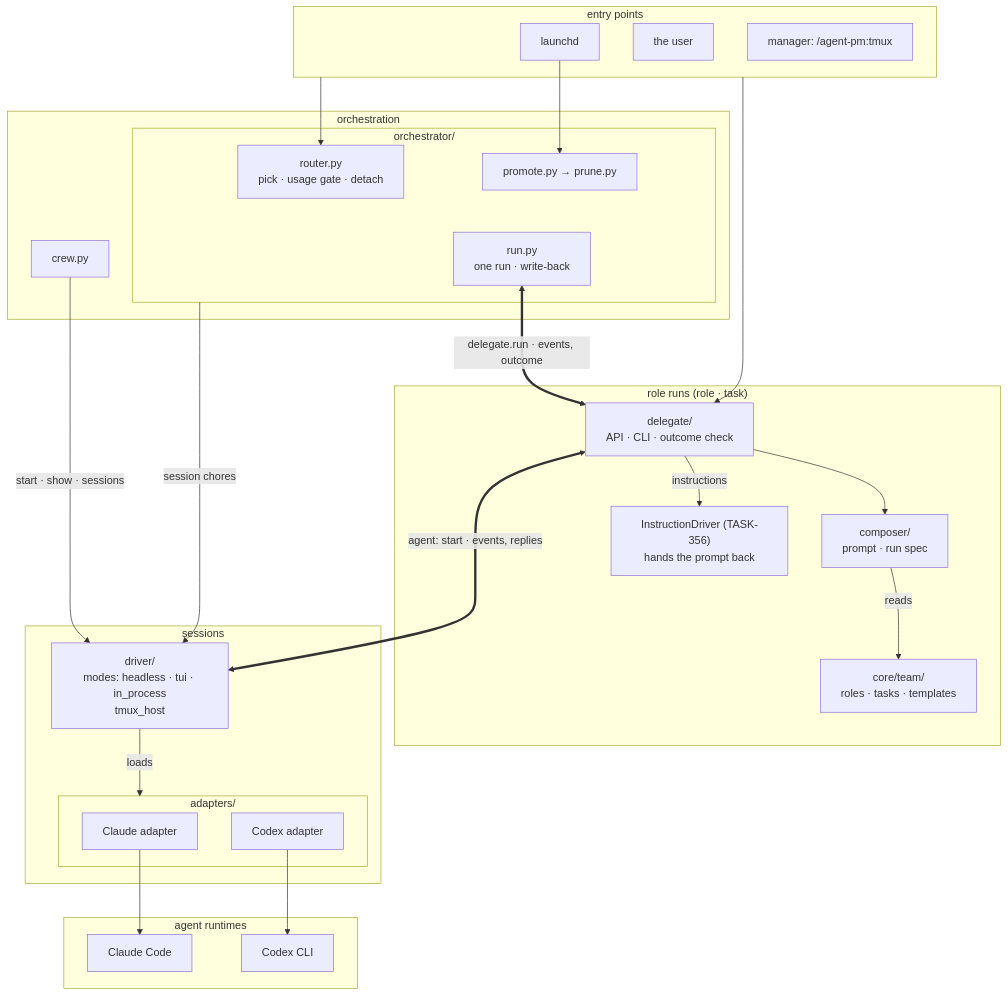
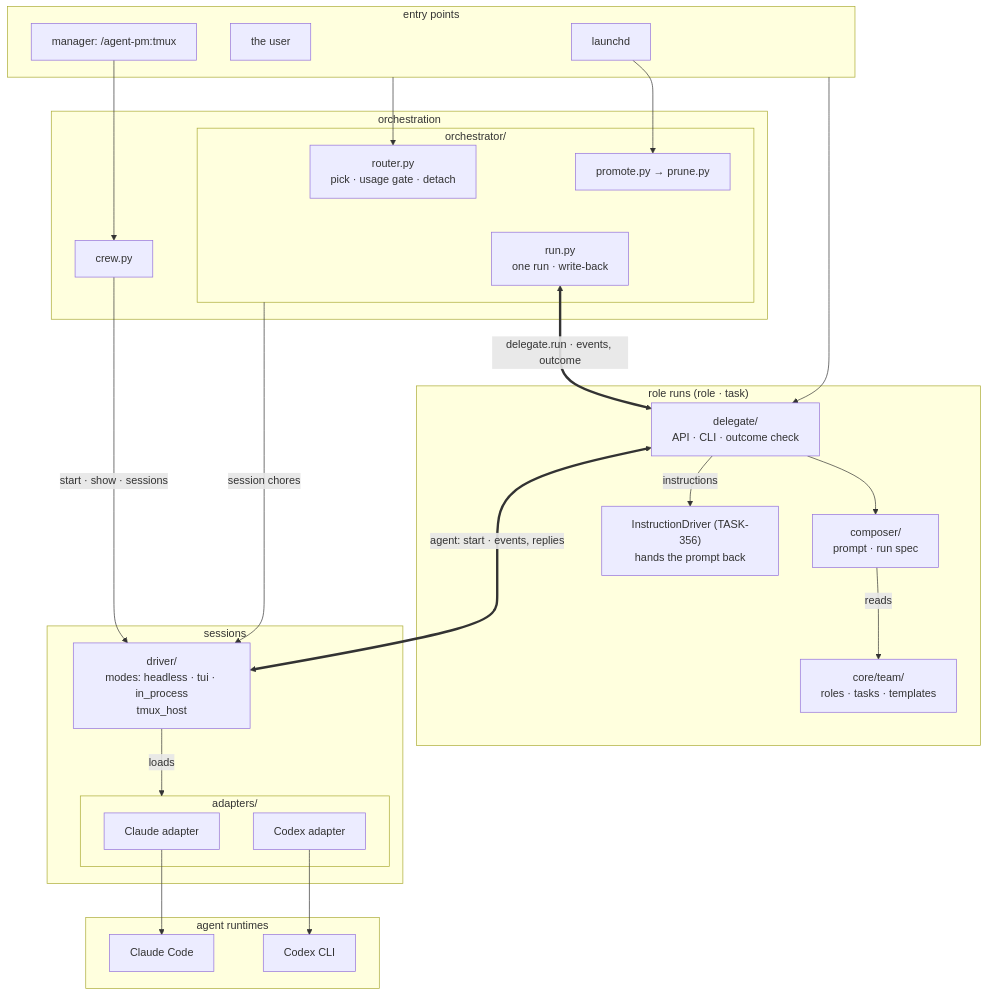
The second of 4 diagrams in README.md (ophis/agent-pm), drawn with Mermaid before and after one commit.

Commit message:
README: manager to crew edge in the architecture diagram
Claude-Session: https://claude.ai/code/session_01DWNTKp8E4ZkndBswMuqLEu

````diff
--- a/README.md
+++ b/README.md
@@ -20,48 +20,49 @@
 ```mermaid
 flowchart TB
   subgraph EN[entry points]
     LD[launchd]
     HU[the user]
     M["manager: /agent-pm:tmux"]
   end
   subgraph L1[orchestration]
     subgraph OR[orchestrator/]
       R["router.py<br>pick · usage gate · detach"]
       RU["run.py<br>one run · write-back"]
       PP["promote.py → prune.py"]
     end
     W[crew.py]
   end
   subgraph L2["role runs (role · task)"]
     D["delegate/<br>API · CLI · outcome check"]
     C["composer/<br>prompt · run spec"]
     ID["InstructionDriver (TASK-356)<br>hands the prompt back"]
     T["core/team/<br>roles · tasks · templates"]
   end
   subgraph L3[sessions]
     DR["driver/<br>modes: headless · tui · in_process<br>tmux_host"]
     subgraph AD[adapters/]
       CL[Claude adapter]
       CX[Codex adapter]
     end
   end
   subgraph RT[agent runtimes]
     P1[Claude Code]
     P2[Codex CLI]
   end
   EN --> R
   EN --> D
   LD --> PP
+  M --> W
   W -->|"start · show · sessions"| DR
   RU <==>|"delegate.run · events, outcome"| D
   OR -->|"session chores"| DR
   D --> C
   C -->|reads| T
   D -->|instructions| ID
   D <==>|"agent: start · events, replies"| DR
   DR -->|loads| AD
   CL --> P1
   CX --> P2
   R ~~~ RU
   C ~~~ DR
 ```
````
